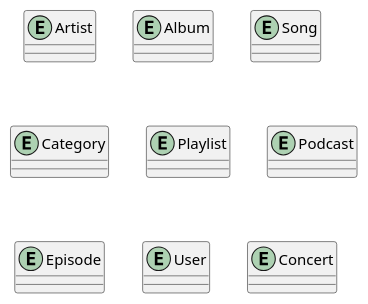
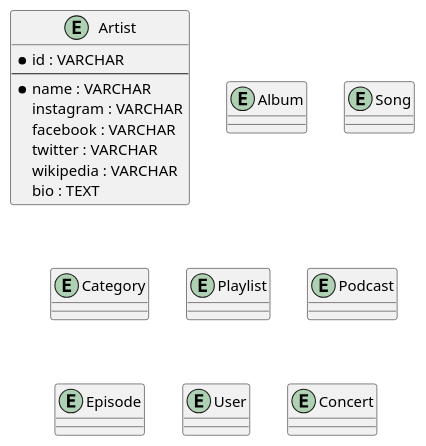
One commit to hanifiamdev/plantUML changed the diagram in spotify.puml. Above: the diagram before and after it, drawn with PlantUML.

Commit message:
Menentukan Attribute Entity Artist

```diff
--- a/spotify.puml
+++ b/spotify.puml
@@ -1,39 +1,46 @@
 @startuml
 entity Artist {
-
+    * id : VARCHAR
+    --
+    * name : VARCHAR
+    instagram : VARCHAR
+    facebook : VARCHAR
+    twitter : VARCHAR
+    wikipedia : VARCHAR
+    bio : TEXT
 }
 
 entity Album {
 
 }
 
 entity Song {
 
 }
 
 entity Category {
 
 }
 
 entity Playlist {
 
 }
 
 entity Podcast {
 
 }
 
 entity Episode {
 
 }
 
 entity User {
 
 }
 
 entity Concert {
 
 }
 
 
 @enduml
```
